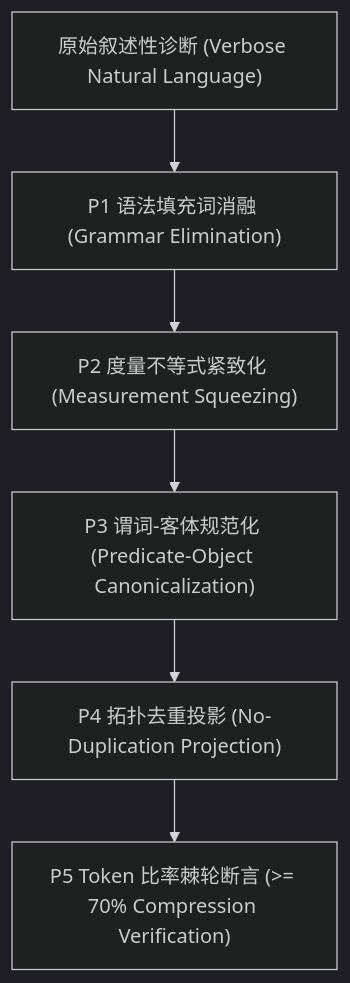
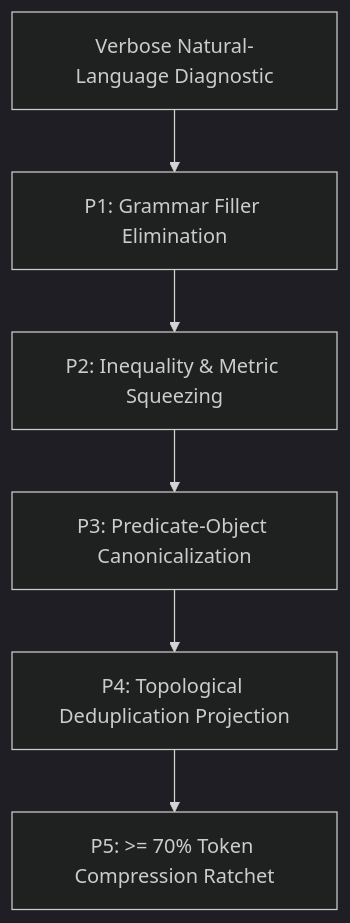
Before and after one commit to guilingzhouyi-creator/vscode-extensions: the diagram in docs/system-spec/token-frugal-sentence-and-diagnostic-spec.md, drawn with Mermaid (dark theme). The commit also changed other lines of this file and 6 other files, not shown here.

````diff
--- a/docs/system-spec/token-frugal-sentence-and-diagnostic-spec.md
+++ b/docs/system-spec/token-frugal-sentence-and-diagnostic-spec.md
@@ -22,8 +18,8 @@
 ```mermaid
 flowchart TD
-    R["原始叙述性诊断 (Verbose Natural Language)"] --> P1["P1 语法填充词消融 (Grammar Elimination)"]
-    P1 --> P2["P2 度量不等式紧致化 (Measurement Squeezing)"]
-    P2 --> P3["P3 谓词-客体规范化 (Predicate-Object Canonicalization)"]
-    P3 --> P4["P4 拓扑去重投影 (No-Duplication Projection)"]
-    P4 --> P5["P5 Token 比率棘轮断言 (>= 70% Compression Verification)"]
+    R["Verbose Natural-Language Diagnostic"] --> P1["P1: Grammar Filler Elimination"]
+    P1 --> P2["P2: Inequality & Metric Squeezing"]
+    P2 --> P3["P3: Predicate-Object Canonicalization"]
+    P3 --> P4["P4: Topological Deduplication Projection"]
+    P4 --> P5["P5: >= 70% Token Compression Ratchet"]
 ```
````
